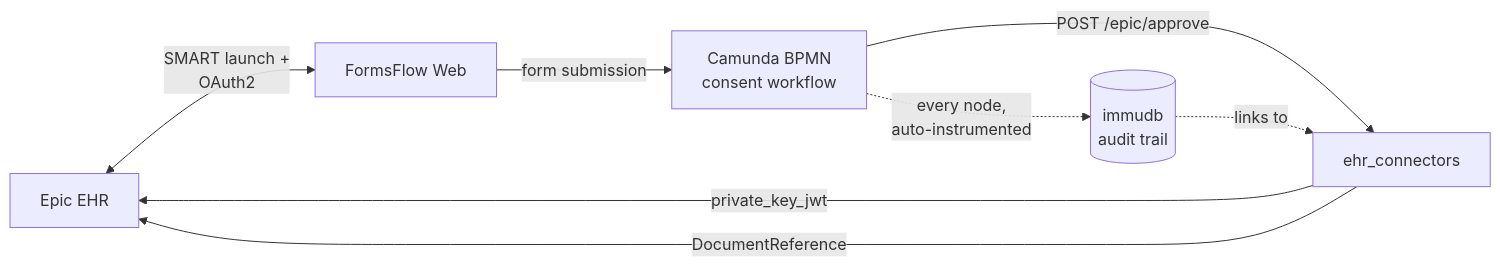
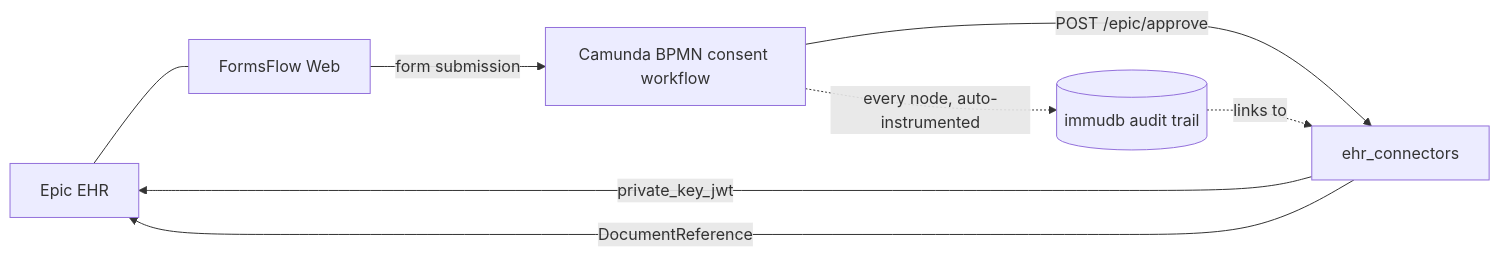
One commit to yaseen-aot/forms-flow-ai changed the first of 6 diagrams in epic-smart-on-fhir-guide.md. Above: the diagram before and after it, drawn with Mermaid. The commit also changed other lines of this file, not shown here.

````diff
--- a/epic-smart-on-fhir-guide.md
+++ b/epic-smart-on-fhir-guide.md
@@ -11,10 +27,10 @@
 ```mermaid
 flowchart LR
-    Epic[Epic EHR] <-->|SMART launch +\nOAuth2| Web[FormsFlow Web]
-    Web -->|form submission| Camunda[Camunda BPMN\nconsent workflow]
-    Camunda -->|POST /epic/approve| Connector[ehr_connectors]
+    Epic["Epic EHR"] --- Web["FormsFlow Web"]
+    Web -->|form submission| Camunda["Camunda BPMN consent workflow"]
+    Camunda -->|POST /epic/approve| Connector["ehr_connectors"]
     Connector -->|private_key_jwt| Epic
     Connector -->|DocumentReference| Epic
-    Camunda -.->|every node,\nauto-instrumented| Immudb[(immudb\naudit trail)]
+    Camunda -.->|every node, auto-instrumented| Immudb[("immudb audit trail")]
     Immudb -.->|links to| Connector
 ```
````
